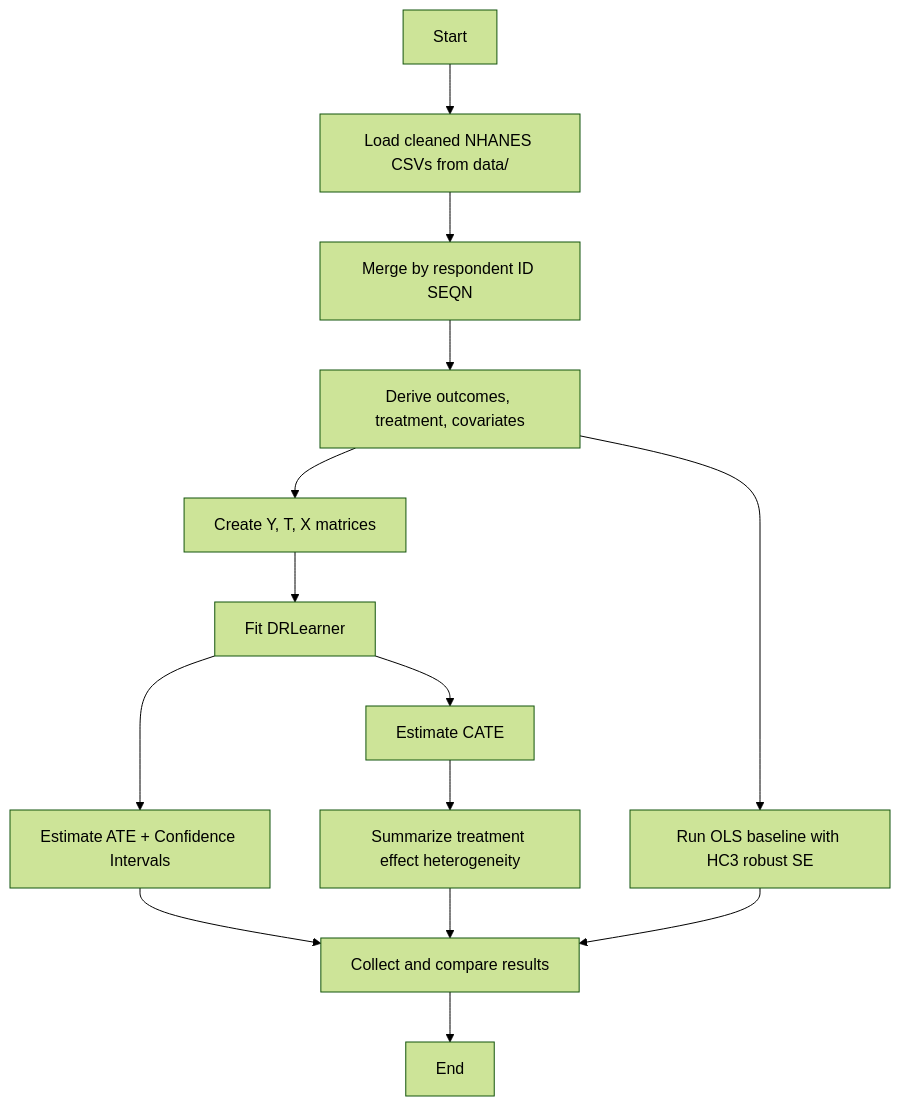
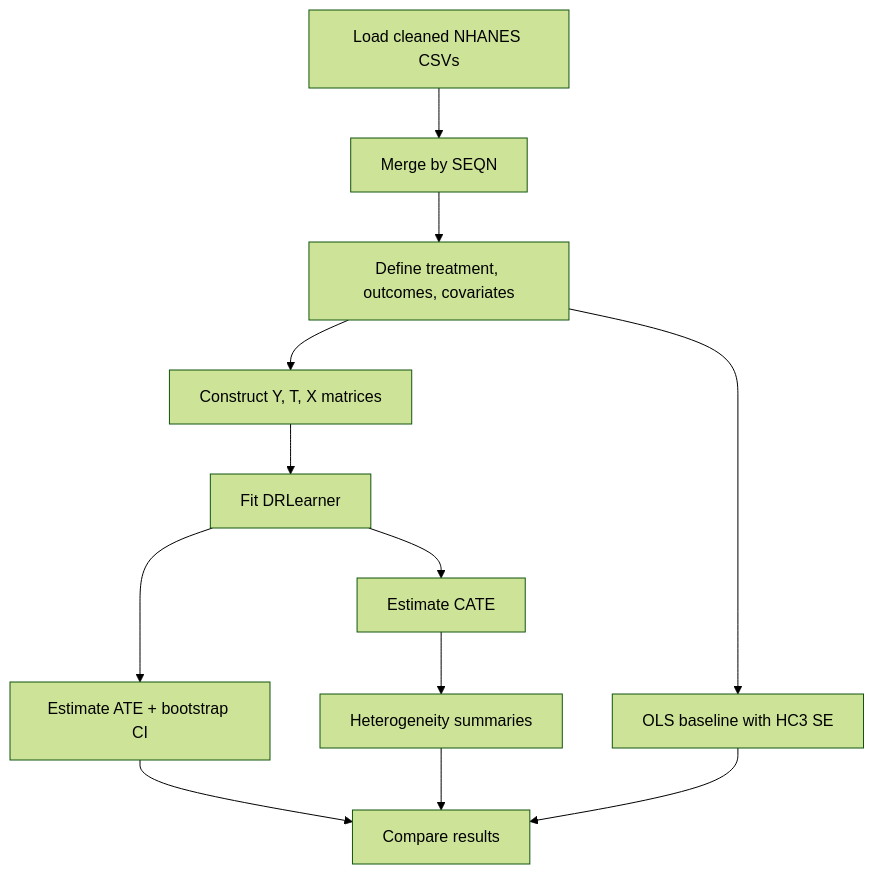
Before and after one commit to gpsaggese/gpsaggese.github.io: the diagram in class_project/MSML610/Fall2025/Projects/TutorTask82_Fall2025_EconML_Evaluating_the_Impact_of_Health_Interventions_on_Patient_Outcomes/README.md, drawn with Mermaid (forest theme). The commit also changed other lines of this file, not shown here.

````diff
--- a/class_project/MSML610/Fall2025/Projects/TutorTask82_Fall2025_EconML_Evaluating_the_Impact_of_Health_Interventions_on_Patient_Outcomes/README.md
+++ b/class_project/MSML610/Fall2025/Projects/TutorTask82_Fall2025_EconML_Evaluating_the_Impact_of_Health_Interventions_on_Patient_Outcomes/README.md
@@ -110,16 +156,14 @@
 ```mermaid
 flowchart TD
-    A[Start] --> B[Load cleaned NHANES CSVs from data/]
-    B --> C[Merge by respondent ID SEQN]
-    C --> D[Derive outcomes, treatment, covariates]
-    D --> E[Create Y, T, X matrices]
-    E --> F[Fit DRLearner]
-    F --> G[Estimate ATE + Confidence Intervals]
-    F --> H[Estimate CATE]
-    H --> I[Summarize treatment effect heterogeneity]
-    D --> J[Run OLS baseline with HC3 robust SE]
-    G --> K[Collect and compare results]
-    I --> K
-    J --> K
-    K --> L[End]
+    A[Load cleaned NHANES CSVs] --> B[Merge by SEQN]
+    B --> C[Define treatment, outcomes, covariates]
+    C --> D[Construct Y, T, X matrices]
+    D --> E[Fit DRLearner]
+    E --> F[Estimate ATE + bootstrap CI]
+    E --> G[Estimate CATE]
+    G --> H[Heterogeneity summaries]
+    C --> I[OLS baseline with HC3 SE]
+    F --> J[Compare results]
+    H --> J
+    I --> J
 ```
````
